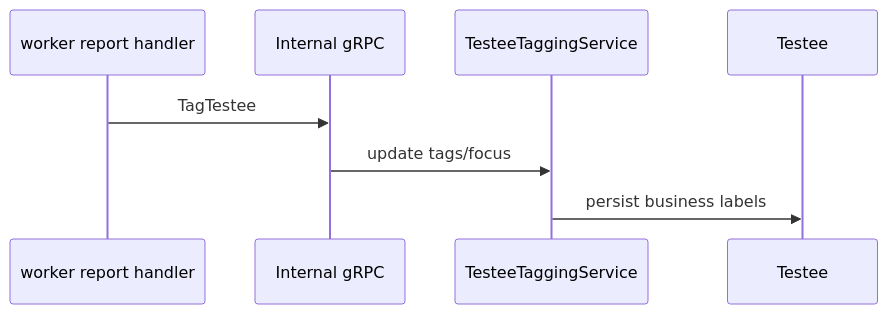
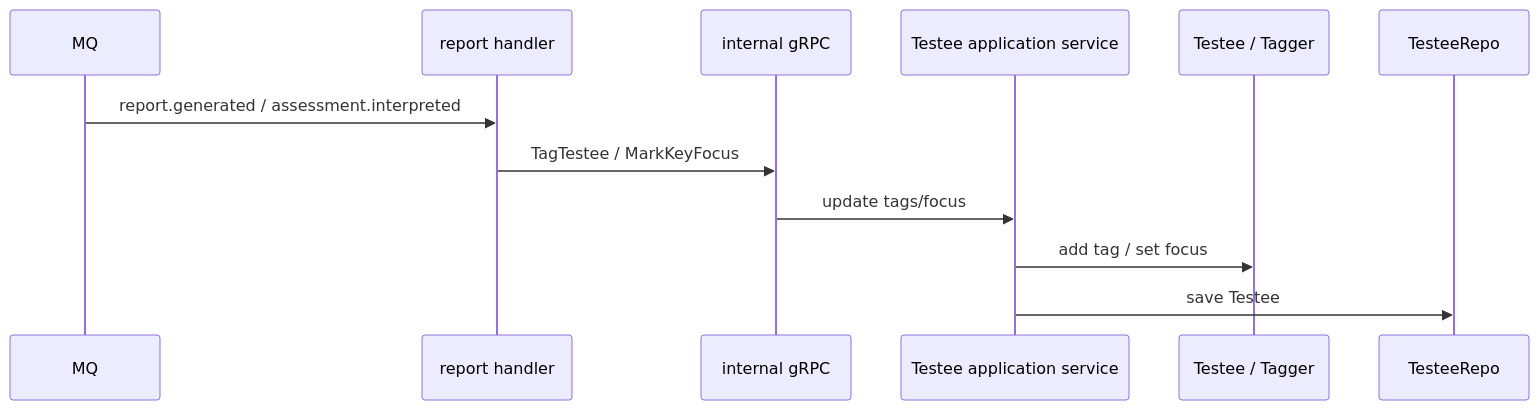
Before and after one commit to FangcunMount/qs-server: the second of 2 diagrams in docs/02-业务模块/actor/01-Testee与标签.md, drawn with Mermaid. The commit also changed other lines of this file and 5 other files, not shown here.

````diff
--- a/docs/02-业务模块/actor/01-Testee与标签.md
+++ b/docs/02-业务模块/actor/01-Testee与标签.md
@@ -21,11 +162,15 @@
 ```mermaid
 sequenceDiagram
-    participant W as worker report handler
-    participant API as Internal gRPC
-    participant S as TesteeTaggingService
-    participant T as Testee
+    participant MQ as MQ
+    participant Worker as report handler
+    participant GRPC as internal gRPC
+    participant App as Testee application service
+    participant Domain as Testee / Tagger
+    participant Repo as TesteeRepo
 
-    W->>API: TagTestee
-    API->>S: update tags/focus
-    S->>T: persist business labels
+    MQ->>Worker: report.generated / assessment.interpreted
+    Worker->>GRPC: TagTestee / MarkKeyFocus
+    GRPC->>App: update tags/focus
+    App->>Domain: add tag / set focus
+    App->>Repo: save Testee
 ```
````
